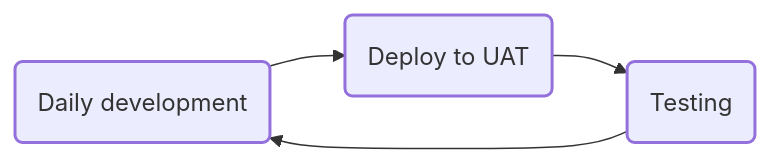
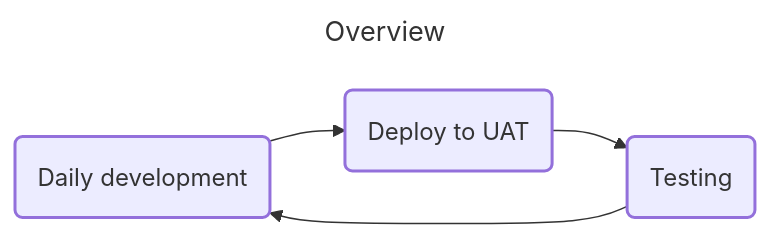
One commit to spectrum-health-systems/tingen-documentation changed the first of 3 diagrams in Development/Processes/Daily development.md. Above: the diagram before and after it, drawn with Mermaid. The commit also changed other lines of this file and 1 other file, not shown here.

````diff
--- a/Development/Processes/Daily development.md
+++ b/Development/Processes/Daily development.md
@@ -8,9 +9,12 @@
 ```mermaid
+---
+title: Overview
+---
 flowchart LR
   DailyDevelopment("Daily development") --> DeployToUat("Deploy to UAT")
   DeployToUat --> Testing("Testing") 
   Testing --> DailyDevelopment
 
-  classDef nodes stroke-width:2px;
-  class DailyDevelopment,DeployToUat,Testing nodes;
+  classDef allNodes stroke-width:2px;
+  class DailyDevelopment,DeployToUat,Testing allNodes;
 ```
````
